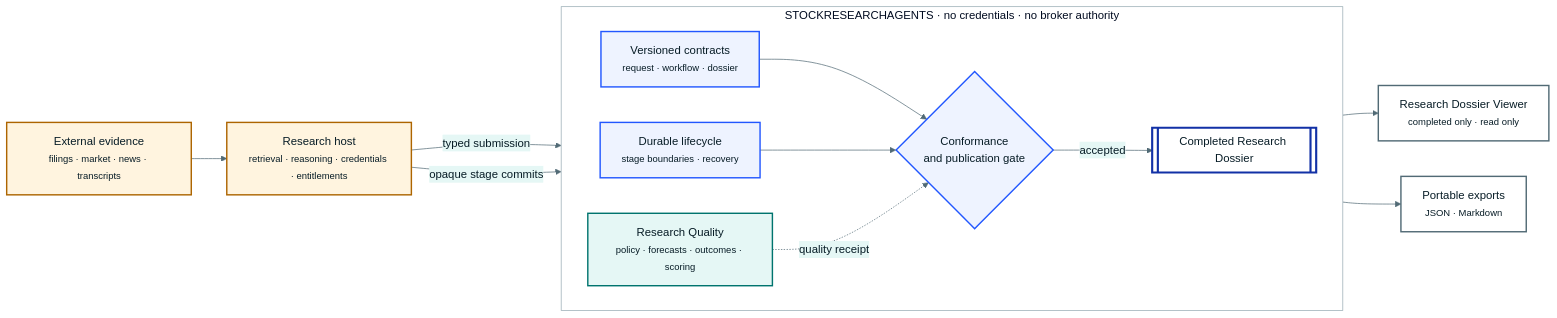
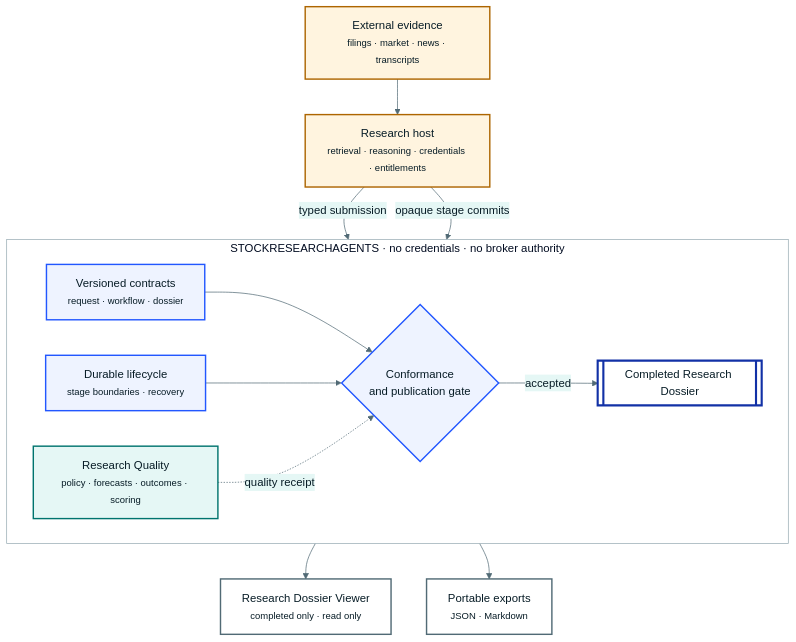
Before and after one commit to harshitagarwal2/StockResearchAgents: the diagram in docs/diagrams/system-context.mmd, drawn with Mermaid. The commit also changed 30 other files, not shown here.

Commit message:
docs: improve architecture diagrams for GitHub

```diff
--- a/docs/diagrams/system-context.mmd
+++ b/docs/diagrams/system-context.mmd
@@ -1,40 +1,40 @@
-%%{init: {"theme":"base","themeVariables":{"fontFamily":"Avenir Next, Segoe UI, sans-serif","primaryColor":"#eef3ff","primaryTextColor":"#071c26","primaryBorderColor":"#2257ff","lineColor":"#516a75","secondaryColor":"#e5f7f5","tertiaryColor":"#fff4df","background":"#f5f8f9","clusterBkg":"#ffffff","clusterBorder":"#96aab2"},"flowchart":{"curve":"basis","htmlLabels":true}}}%%
-flowchart LR
+%%{init: {"theme":"base","fontFamily":"Avenir Next, Segoe UI, sans-serif","themeVariables":{"fontFamily":"Avenir Next, Segoe UI, sans-serif","primaryColor":"#eef3ff","primaryTextColor":"#071c26","primaryBorderColor":"#2257ff","lineColor":"#516a75","secondaryColor":"#e5f7f5","tertiaryColor":"#fff4df","background":"#f5f8f9","clusterBkg":"#ffffff","clusterBorder":"#96aab2"},"flowchart":{"curve":"basis","htmlLabels":true}}}%%
+flowchart TB
   accTitle: StockResearchAgents system context
   accDescr: A host harness retrieves evidence and runs agents. StockResearchAgents validates, persists, and publishes a completed dossier. The read-only viewer and exports can see only completed results.
 
   S["External evidence<br/><small>filings · market · news · transcripts</small>"]
   H["Research host<br/><small>retrieval · reasoning · credentials · entitlements</small>"]
 
   subgraph P["STOCKRESEARCHAGENTS · no credentials · no broker authority"]
     direction LR
     C["Versioned contracts<br/><small>request · workflow · dossier</small>"]
     V{"Conformance<br/>and publication gate"}
     L["Durable lifecycle<br/><small>stage boundaries · recovery</small>"]
     Q["Research Quality<br/><small>policy · forecasts · outcomes · scoring</small>"]
     D[["Completed Research Dossier"]]
     C --> V
     L --> V
     Q -. quality receipt .-> V
     V -->|accepted| D
   end
 
   U["Research Dossier Viewer<br/><small>completed only · read only</small>"]
   X["Portable exports<br/><small>JSON · Markdown</small>"]
 
   S --> H
   H -->|typed submission| C
   H -->|opaque stage commits| L
   D --> U
   D --> X
 
   classDef host fill:#fff4df,stroke:#ad6500,color:#071c26,stroke-width:2px;
   classDef port fill:#eef3ff,stroke:#2257ff,color:#071c26,stroke-width:2px;
   classDef quality fill:#e5f7f5,stroke:#00746e,color:#071c26,stroke-width:2px;
   classDef artifact fill:#ffffff,stroke:#1231a6,color:#071c26,stroke-width:3px;
   classDef view fill:#ffffff,stroke:#516a75,color:#071c26,stroke-width:2px;
   class S,H host;
   class C,L,V port;
   class Q quality;
   class D artifact;
   class U,X view;
```
